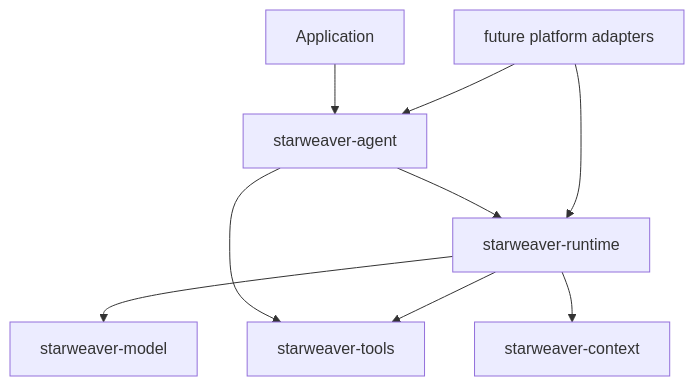
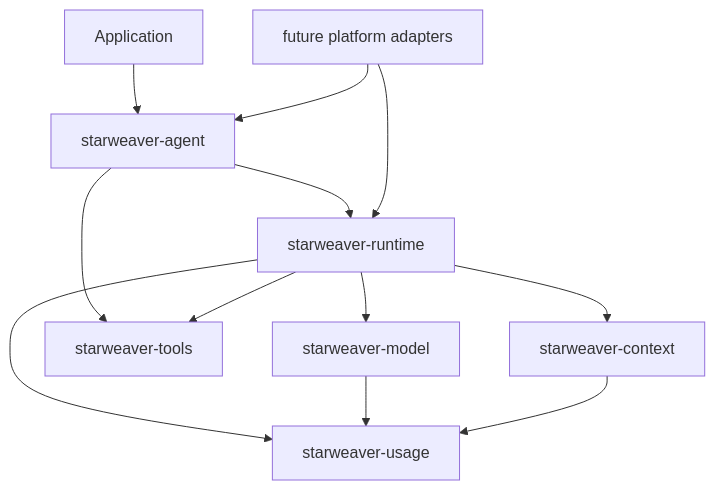
One commit to Wh1isper/starweaver changed the diagram in docs/index.md. Above: the diagram before and after it, drawn with Mermaid. The commit also changed other lines of this file and 109 other files, not shown here.

````diff
--- a/docs/index.md
+++ b/docs/index.md
@@ -7,19 +7,23 @@
 ```mermaid
 flowchart TD
     app[Application]
     sdk[starweaver-agent]
     runtime[starweaver-runtime]
+    usage[starweaver-usage]
     model[starweaver-model]
     tools[starweaver-tools]
     context[starweaver-context]
     platform[future platform adapters]
 
     app --> sdk
     sdk --> runtime
     sdk --> tools
     runtime --> model
     runtime --> tools
     runtime --> context
+    runtime --> usage
+    model --> usage
+    context --> usage
     platform --> sdk
     platform --> runtime
 ```
````
